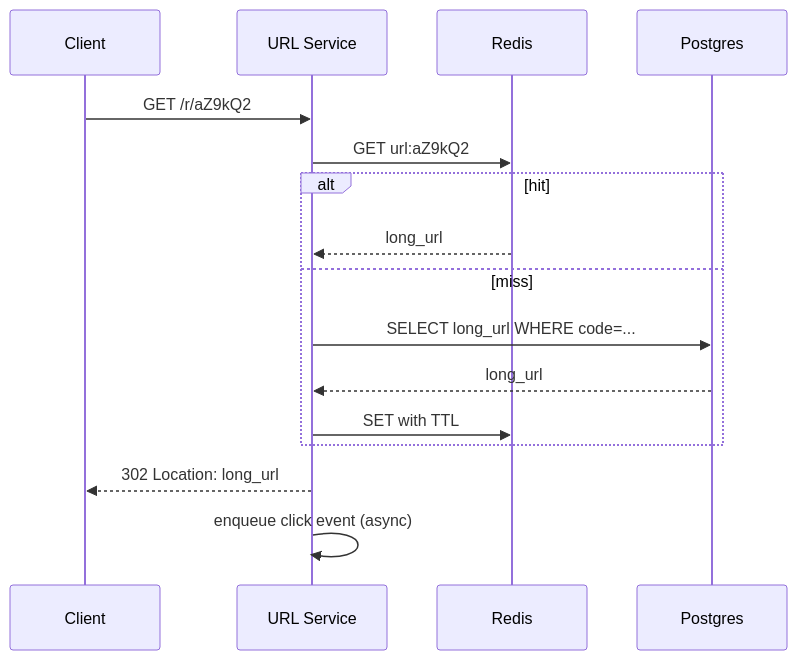
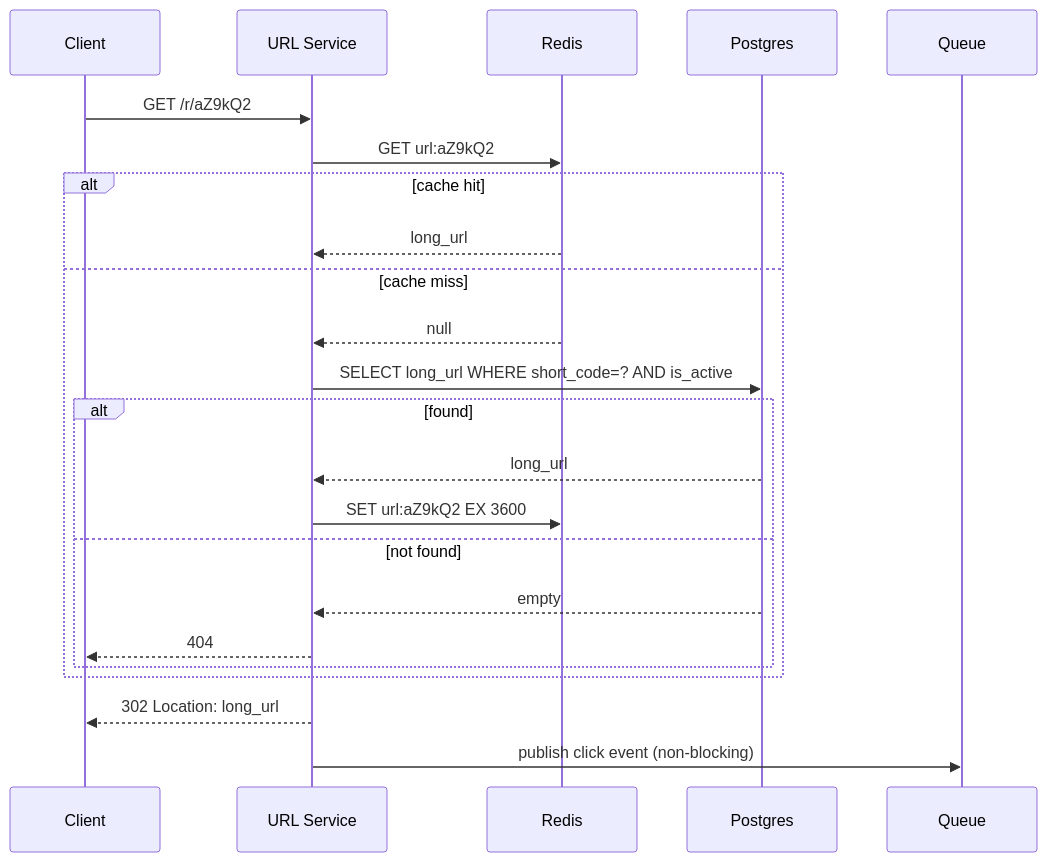
One commit to saroj990/system-design changed the third of 3 diagrams in fundamentals/15-how-to-lld.md. Above: the diagram before and after it, drawn with Mermaid. The commit also changed other lines of this file and 14 other files, not shown here.

````diff
--- a/fundamentals/15-how-to-lld.md
+++ b/fundamentals/15-how-to-lld.md
@@ -102,18 +342,26 @@
 ```mermaid
 sequenceDiagram
   participant C as Client
   participant API as URL Service
   participant R as Redis
   participant DB as Postgres
+  participant Q as Queue
+
   C->>API: GET /r/aZ9kQ2
   API->>R: GET url:aZ9kQ2
-  alt hit
+  alt cache hit
     R-->>API: long_url
-  else miss
-    API->>DB: SELECT long_url WHERE code=...
-    DB-->>API: long_url
-    API->>R: SET with TTL
+  else cache miss
+    R-->>API: null
+    API->>DB: SELECT long_url WHERE short_code=? AND is_active
+    alt found
+      DB-->>API: long_url
+      API->>R: SET url:aZ9kQ2 EX 3600
+    else not found
+      DB-->>API: empty
+      API-->>C: 404
+    end
   end
   API-->>C: 302 Location: long_url
-  API->>API: enqueue click event (async)
+  API->>Q: publish click event (non-blocking)
 ```
````
